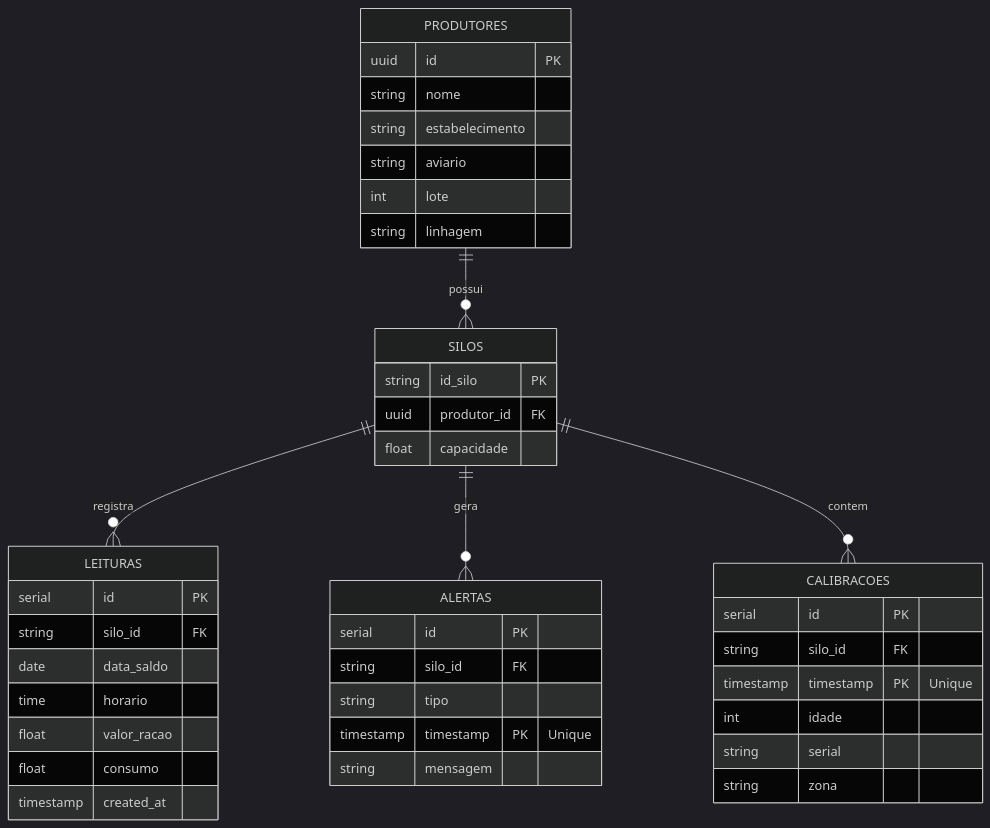
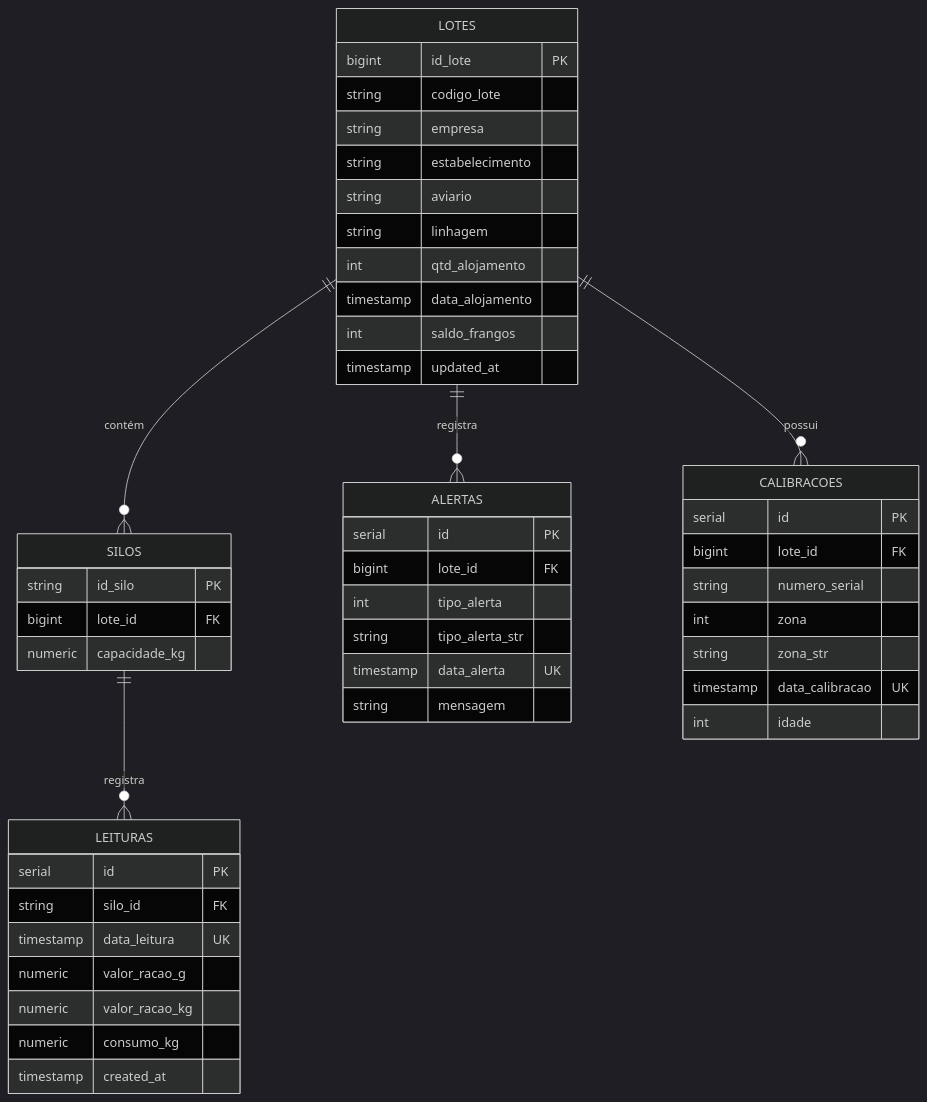
Before and after one commit to brunocorisco86/AgrisolusScraper: the diagram in knowledge/architecture.md, drawn with Mermaid (dark theme). The commit also changed other lines of this file and 7 other files, not shown here.

````diff
--- a/knowledge/architecture.md
+++ b/knowledge/architecture.md
@@ -37,49 +37,55 @@
 ```mermaid
 erDiagram
-    PRODUTORES ||--o{ SILOS : possui
-    SILOS ||--o{ LEITURAS : registra
-    SILOS ||--o{ ALERTAS : gera
-    SILOS ||--o{ CALIBRACOES : contem
+    LOTES ||--o{ SILOS : "contém"
+    LOTES ||--o{ ALERTAS : "registra"
+    LOTES ||--o{ CALIBRACOES : "possui"
+    SILOS ||--o{ LEITURAS : "registra"
 
-    PRODUTORES {
-        uuid id PK
-        string nome
+    LOTES {
+        bigint id_lote PK
+        string codigo_lote
+        string empresa
         string estabelecimento
         string aviario
-        int lote
         string linhagem
+        int qtd_alojamento
+        timestamp data_alojamento
+        int saldo_frangos
+        timestamp updated_at
     }
 
     SILOS {
         string id_silo PK
-        uuid produtor_id FK
-        float capacidade
+        bigint lote_id FK
+        numeric capacidade_kg
     }
 
     LEITURAS {
         serial id PK
         string silo_id FK
-        date data_saldo
-        time horario
-        float valor_racao
-        float consumo
+        timestamp data_leitura UK
+        numeric valor_racao_g
+        numeric valor_racao_kg
+        numeric consumo_kg
         timestamp created_at
     }
 
     ALERTAS {
         serial id PK
-        string silo_id FK
-        string tipo
-        timestamp timestamp PK "Unique"
+        bigint lote_id FK
+        int tipo_alerta
+        string tipo_alerta_str
+        timestamp data_alerta UK
         string mensagem
     }
 
     CALIBRACOES {
         serial id PK
-        string silo_id FK
-        timestamp timestamp PK "Unique"
+        bigint lote_id FK
+        string numero_serial
+        int zona
+        string zona_str
+        timestamp data_calibracao UK
         int idade
-        string serial
-        string zona
     }
 ```
````
